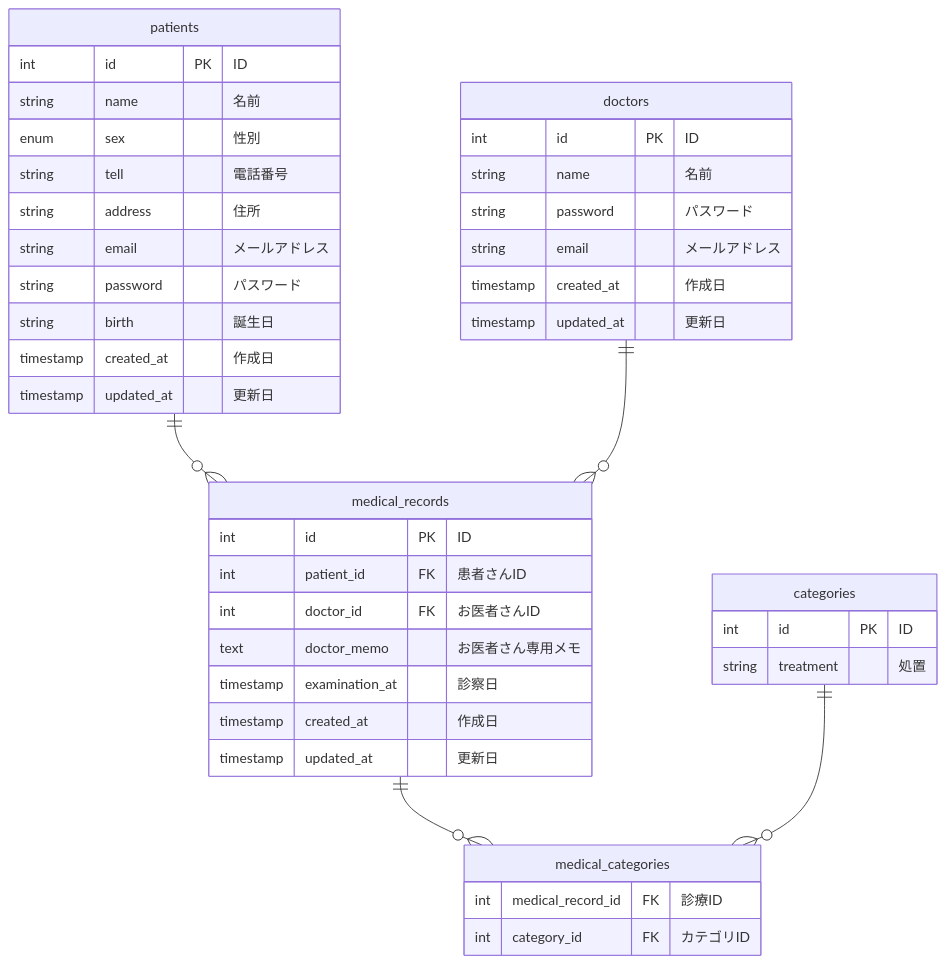
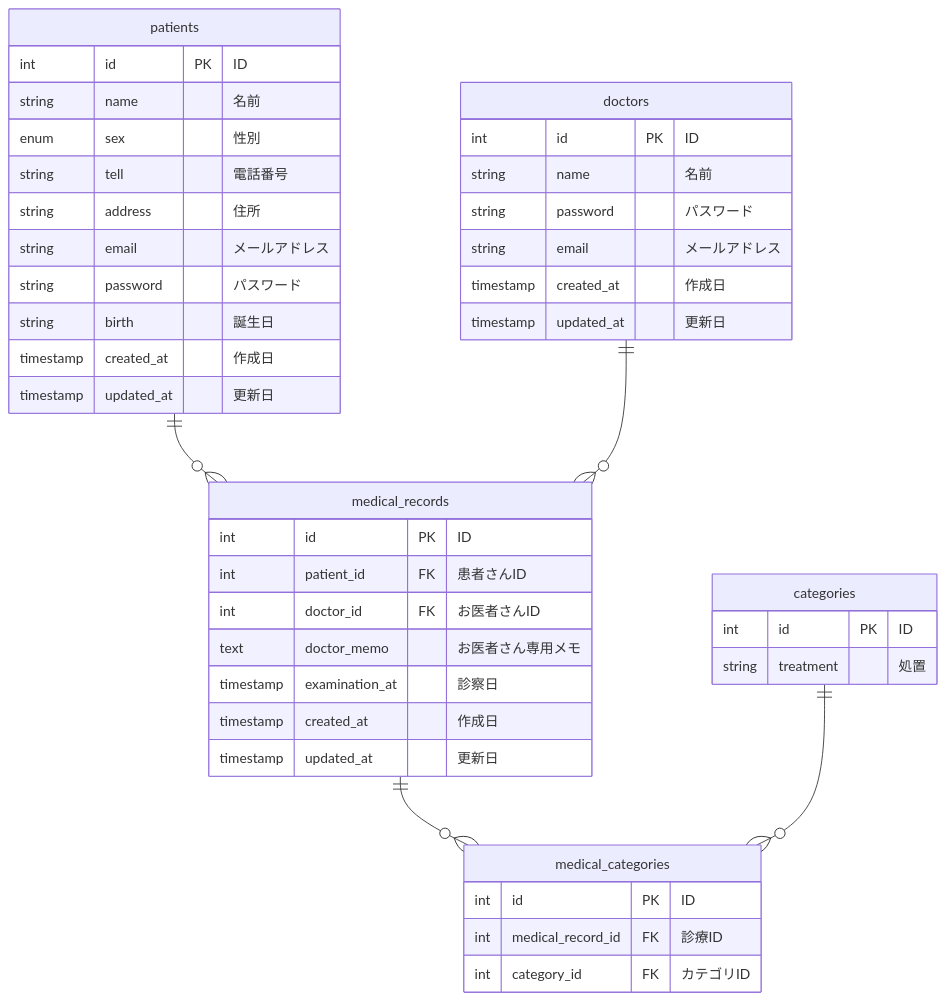
The diagram in ER/er.md (kubo-work/PortfolioSystemDesign), drawn with Mermaid before and after one commit.

Commit message:
categories,medical_categoriesテーブルの修正

````diff
--- a/ER/er.md
+++ b/ER/er.md
@@ -1,52 +1,53 @@
 ```mermaid
 erDiagram
     patients {
         int id PK "ID"
         string name "名前"
         enum sex "性別"
         string tell "電話番号"
         string address "住所"
         string email "メールアドレス"
         string password "パスワード"
         string birth "誕生日"
         timestamp created_at "作成日"
         timestamp updated_at "更新日"
         %% timestamp last_hospital_visit_at "最新来院日"
     }
 
     medical_records{
         int id PK "ID" 
         int patient_id FK "患者さんID"
         int doctor_id FK "お医者さんID"
         text doctor_memo "お医者さん専用メモ"
         timestamp examination_at "診察日"
         timestamp created_at "作成日"
         timestamp updated_at "更新日"
         %% int deleted_flag "削除"
     }
 
     %% 診察（施術内容をカテゴリ化してテーブル）
     categories{
         int id PK "ID" 
         string treatment "処置"
     }
 
     medical_categories {
+        int id PK "ID"
         int medical_record_id FK "診療ID"
         int category_id FK "カテゴリID"
     }
 
     doctors{
         int id PK "ID" 
         string name "名前"
         string password "パスワード"
         string email "メールアドレス"
         timestamp created_at "作成日"
         timestamp updated_at "更新日" 
     }
 
     patients ||--o{ medical_records: ""
     doctors ||--o{ medical_records: ""
     medical_records ||--o{ medical_categories: ""
     categories ||--o{ medical_categories: ""
 ```
````
